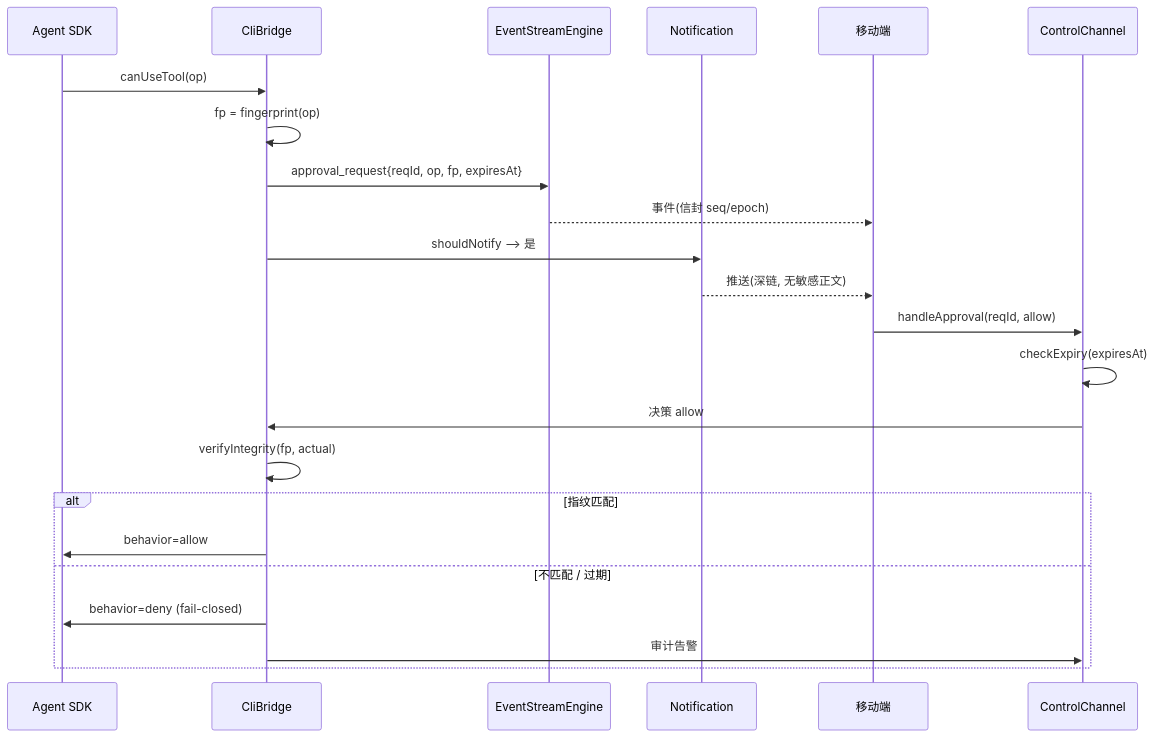
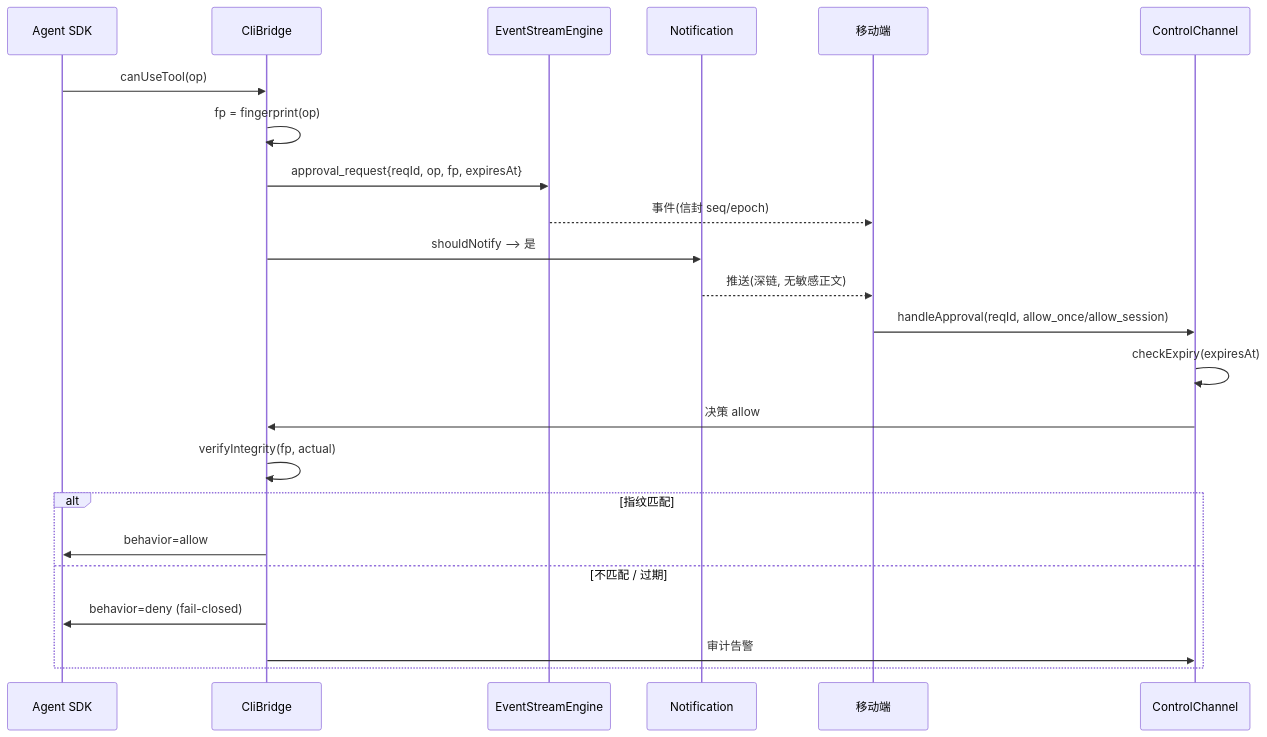
Before and after one commit to Ike-li/claude-chat-mobile: the fourth of 6 diagrams in docs/lld-ccm.md, drawn with Mermaid. The commit also changed other lines of this file, not shown here.

````diff
--- a/docs/lld-ccm.md
+++ b/docs/lld-ccm.md
@@ -744,25 +756,25 @@
 ```mermaid
 sequenceDiagram
   participant SDK as Agent SDK
   participant CB as CliBridge
   participant ESE as EventStreamEngine
   participant N as Notification
   participant M as 移动端
   participant Ctrl as ControlChannel
   SDK->>CB: canUseTool(op)
   CB->>CB: fp = fingerprint(op)
   CB->>ESE: approval_request{reqId, op, fp, expiresAt}
   ESE-->>M: 事件(信封 seq/epoch)
   CB->>N: shouldNotify ⟶ 是
   N-->>M: 推送(深链, 无敏感正文)
-  M->>Ctrl: handleApproval(reqId, allow)
+  M->>Ctrl: handleApproval(reqId, allow_once/allow_session)
   Ctrl->>Ctrl: checkExpiry(expiresAt)
   Ctrl->>CB: 决策 allow
   CB->>CB: verifyIntegrity(fp, actual)
   alt 指纹匹配
     CB->>SDK: behavior=allow
   else 不匹配 / 过期
     CB->>SDK: behavior=deny (fail-closed)
     CB->>Ctrl: 审计告警
   end
 ```
````
